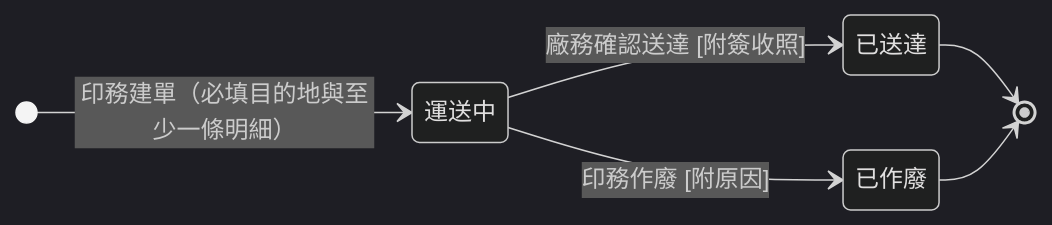
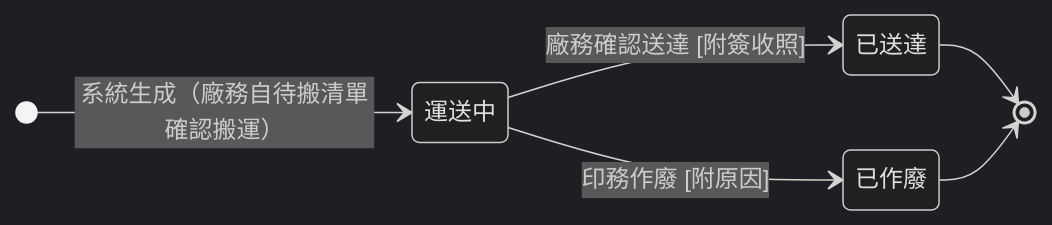
Before and after one commit to Kawato-Miles/erp-spec: the diagram in memory/Sens_wiki/wiki/erp/06-state-machines/轉交單狀態.md, drawn with Mermaid (dark theme). The commit also changed other lines of this file and 7 other files, not shown here.

````diff
--- a/memory/Sens_wiki/wiki/erp/06-state-machines/轉交單狀態.md
+++ b/memory/Sens_wiki/wiki/erp/06-state-machines/轉交單狀態.md
@@ -38,16 +38,16 @@
 ```mermaid
 stateDiagram-v2
     direction LR
 
-    [*] --> s_shipping : 印務建單（必填目的地與至少一條明細）
+    [*] --> s_shipping : 系統生成（廠務自待搬清單確認搬運）
 
     state "運送中" as s_shipping
     state "已送達" as s_arrived
     state "已作廢" as s_void
 
     s_shipping --> s_arrived : 廠務確認送達 [附簽收照]
     s_shipping --> s_void : 印務作廢 [附原因]
 
     s_arrived --> [*]
     s_void --> [*]
 ```
````
